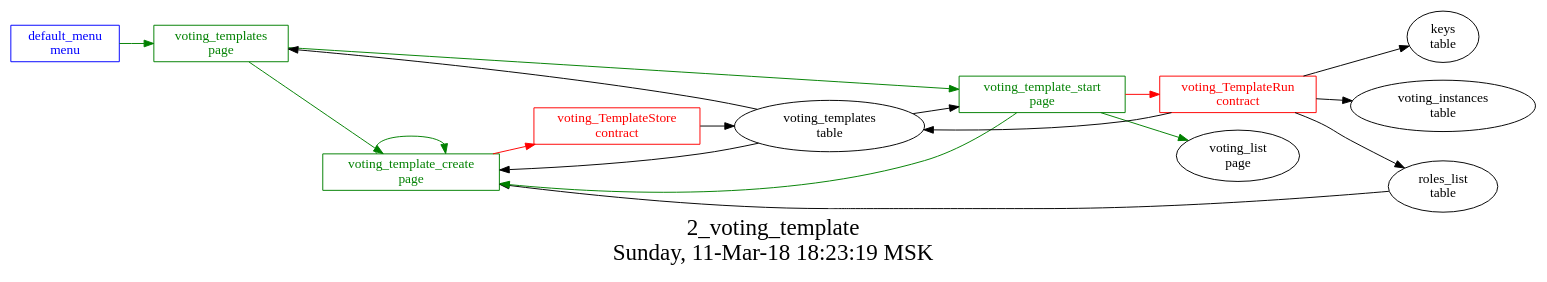
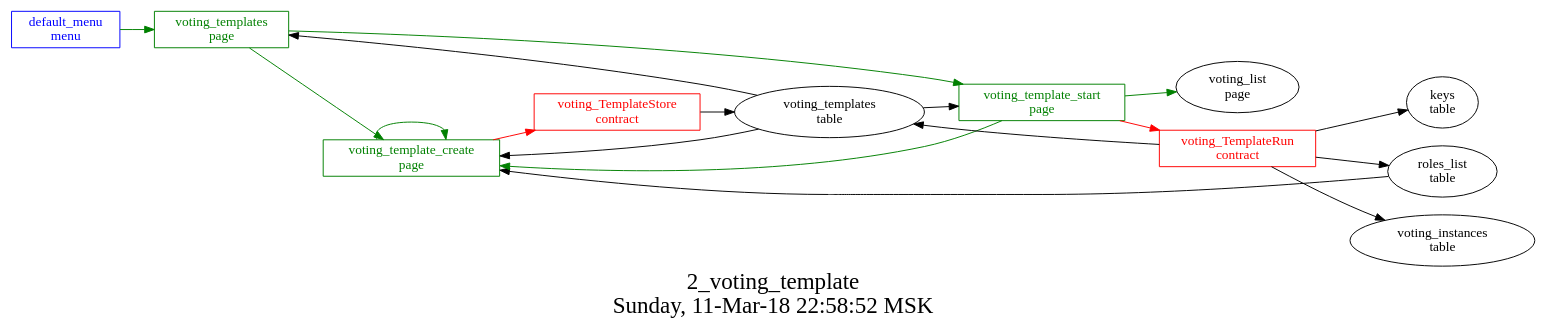
The diagram in src/basic/basic_main/2_voting_templates/struct.dot (AplaProject/apps), drawn with Graphviz before and after one commit. The commit also changed 1 other file, not shown here.

```diff
--- a/src/basic/basic_main/2_voting_templates/struct.dot
+++ b/src/basic/basic_main/2_voting_templates/struct.dot
@@ -1,34 +1,34 @@
 digraph G {
 graph [
   fontsize="24";
-  label="2_voting_template\nSunday, 11-Mar-18 18:23:19 MSK";
+  label="2_voting_template\nSunday, 11-Mar-18 22:58:52 MSK";
   nojustify=true;
   ordering=out;
   rankdir=LR;
   size="30";
 ];
 "default_menu\nmenu" -> "voting_templates\npage"  [ color=green ]
 "default_menu\nmenu" [color=blue, fontcolor=blue, group=menus, shape=record];
 "voting_template_create\npage" -> "voting_TemplateStore\ncontract"  [ color=red ]
 "voting_templates\ntable" -> "voting_template_create\npage"  [ color="" ]
 "roles_list\ntable" -> "voting_template_create\npage"  [ color="" ]
 "voting_template_create\npage" -> "voting_template_create\npage"  [ color=green ]
 "voting_template_create\npage" [color=green, fontcolor=green, group=pages, shape=record];
 "voting_template_start\npage" -> "voting_TemplateRun\ncontract"  [ color=red ]
 "voting_templates\ntable" -> "voting_template_start\npage"  [ color="" ]
 "voting_template_start\npage" -> "voting_template_create\npage"  [ color=green ]
 "voting_template_start\npage" -> "voting_list\npage"  [ color=green ]
 "voting_template_start\npage" [color=green, fontcolor=green, group=pages, shape=record];
 "voting_templates\ntable" -> "voting_templates\npage"  [ color="" ]
 "voting_templates\npage" -> "voting_template_start\npage"  [ color=green ]
 "voting_templates\npage" -> "voting_template_create\npage"  [ color=green ]
 "voting_templates\npage" [color=green, fontcolor=green, group=pages, shape=record];
 "voting_TemplateRun\ncontract" -> "voting_templates\ntable"  [ color="" ]
 "voting_TemplateRun\ncontract" -> "keys\ntable"  [ color="" ]
+"voting_TemplateRun\ncontract" -> "roles_list\ntable"  [ color="" ]
 "voting_TemplateRun\ncontract" -> "voting_instances\ntable"  [ color="" ]
-"voting_TemplateRun\ncontract" -> "roles_list\ntable"  [ color="" ]
 "voting_TemplateRun\ncontract" [color=red, fontcolor=red, group=contracts, shape=record];
 "voting_TemplateStore\ncontract" -> "voting_templates\ntable"  [ color="" ]
 "voting_TemplateStore\ncontract" [color=red, fontcolor=red, group=contracts, shape=record];
 "voting_templates\ntable" [color="", fontcolor="", group=tables, shape=""];
 }
```
